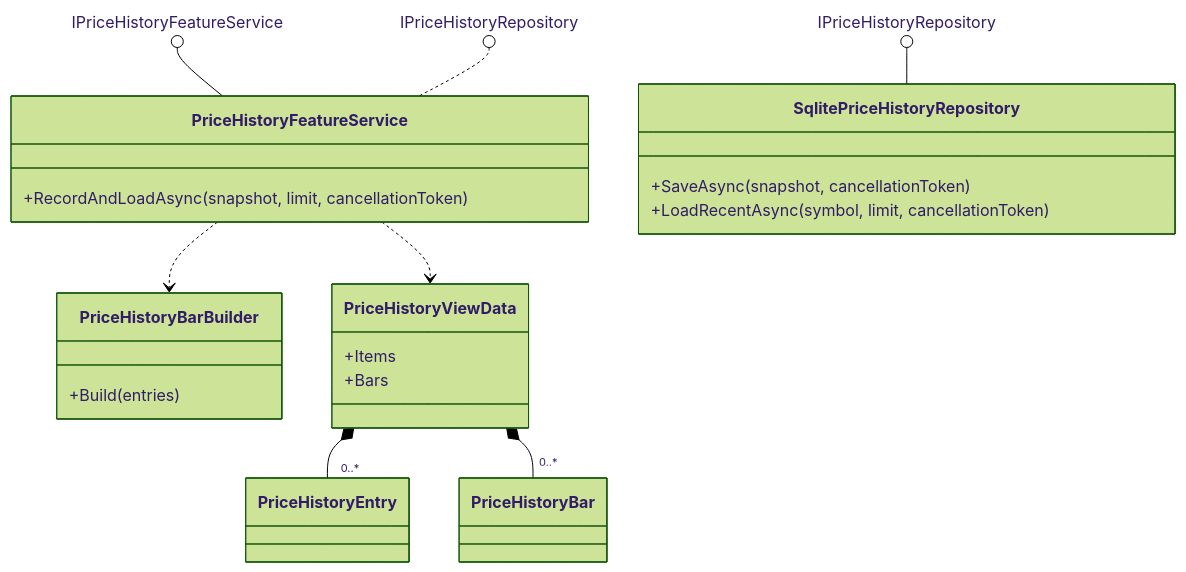
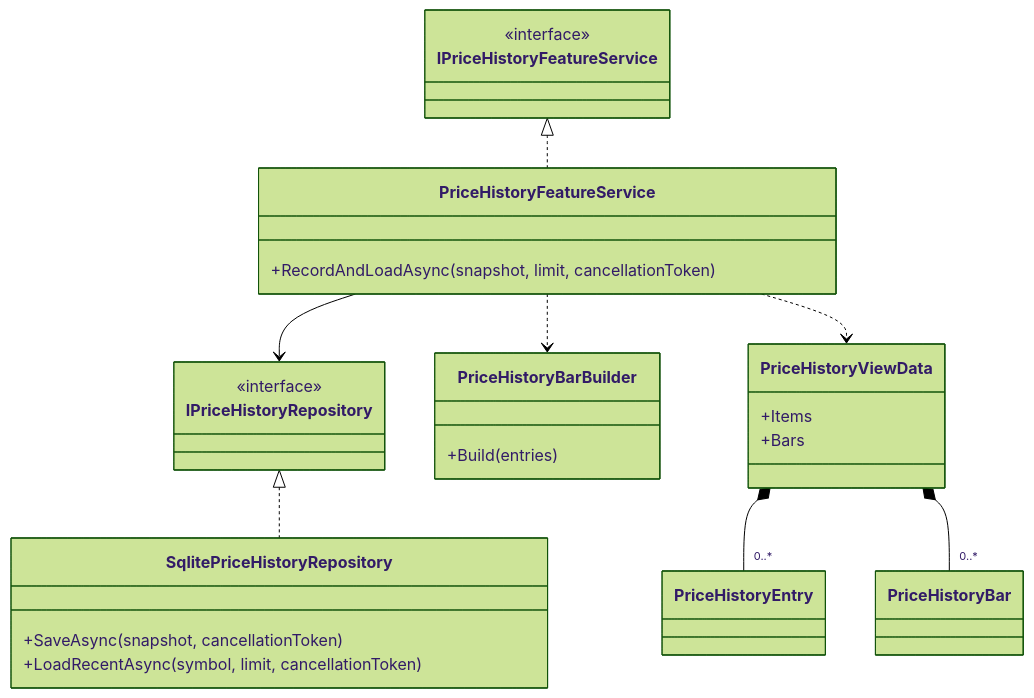
Before and after one commit to yankee2023/market_monitor: the eighth of 29 diagrams in docs/DESIGN.md, drawn with Mermaid (forest theme). The commit also changed other lines of this file and 9 other files, not shown here.

````diff
--- a/docs/DESIGN.md
+++ b/docs/DESIGN.md
@@ -313,27 +444,33 @@
 ```mermaid
 classDiagram
+    class IPriceHistoryFeatureService {
+        <<interface>>
+    }
     class PriceHistoryFeatureService {
         +RecordAndLoadAsync(snapshot, limit, cancellationToken)
+    }
+    class IPriceHistoryRepository {
+        <<interface>>
     }
     class SqlitePriceHistoryRepository {
         +SaveAsync(snapshot, cancellationToken)
         +LoadRecentAsync(symbol, limit, cancellationToken)
     }
     class PriceHistoryBarBuilder {
         +Build(entries)
     }
     class PriceHistoryEntry
     class PriceHistoryBar
     class PriceHistoryViewData {
         +Items
         +Bars
     }
 
-    IPriceHistoryFeatureService ()-- PriceHistoryFeatureService
-    IPriceHistoryRepository ().. PriceHistoryFeatureService
-    IPriceHistoryRepository ()-- SqlitePriceHistoryRepository
+    IPriceHistoryFeatureService <|.. PriceHistoryFeatureService
+    PriceHistoryFeatureService --> IPriceHistoryRepository
+    IPriceHistoryRepository <|.. SqlitePriceHistoryRepository
     PriceHistoryFeatureService ..> PriceHistoryBarBuilder
     PriceHistoryFeatureService ..> PriceHistoryViewData
     PriceHistoryViewData *-- "0..*" PriceHistoryEntry
     PriceHistoryViewData *-- "0..*" PriceHistoryBar
 ```
````
